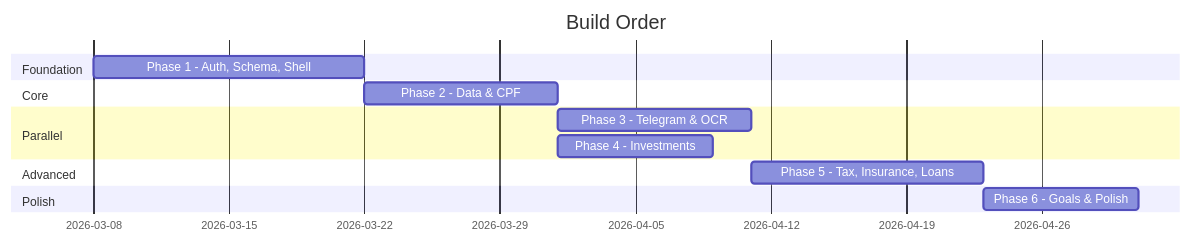
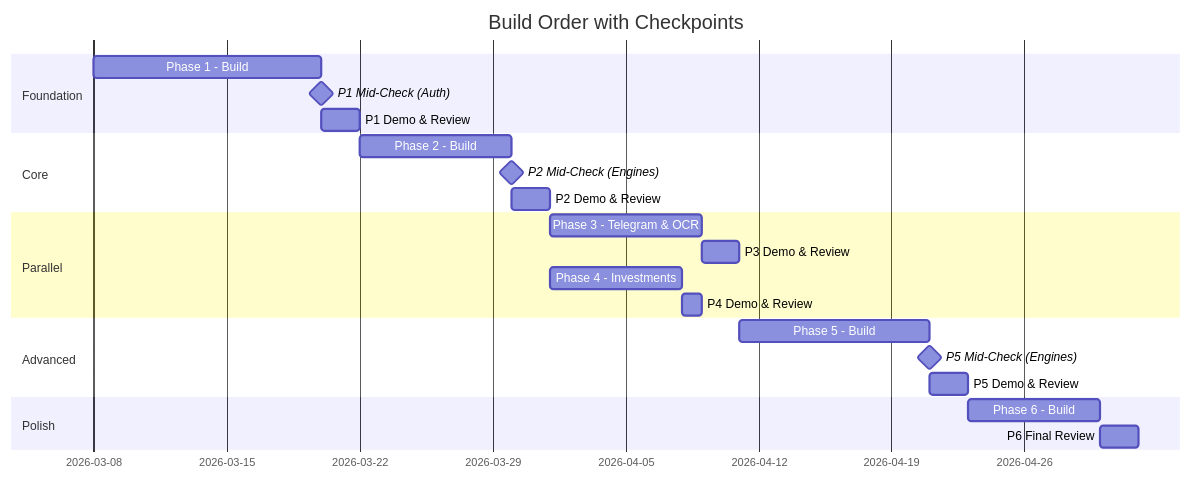
One commit to ivanyeors/fdb-tracker changed the second of 2 diagrams in docs/build_plan.md. Above: the diagram before and after it, drawn with Mermaid. The commit also changed other lines of this file, not shown here.

First line of the commit message:
Add checking & feedback loop process to build plan

````diff
--- a/docs/build_plan.md
+++ b/docs/build_plan.md
@@ -902,16 +1170,25 @@
 ```mermaid
 gantt
-    title Build Order
+    title Build Order with Checkpoints
     dateFormat  YYYY-MM-DD
     section Foundation
-    Phase 1 - Auth, Schema, Shell       :p1, 2026-03-08, 14d
+    Phase 1 - Build                     :p1, 2026-03-08, 12d
+    P1 Mid-Check (Auth)                 :milestone, p1m, after p1, 0d
+    P1 Demo & Review                    :p1r, after p1, 2d
     section Core
-    Phase 2 - Data & CPF                :p2, after p1, 10d
+    Phase 2 - Build                     :p2, after p1r, 8d
+    P2 Mid-Check (Engines)              :milestone, p2m, after p2, 0d
+    P2 Demo & Review                    :p2r, after p2, 2d
     section Parallel
-    Phase 3 - Telegram & OCR            :p3, after p2, 10d
-    Phase 4 - Investments               :p4, after p2, 8d
+    Phase 3 - Telegram & OCR            :p3, after p2r, 8d
+    P3 Demo & Review                    :p3r, after p3, 2d
+    Phase 4 - Investments               :p4, after p2r, 7d
+    P4 Demo & Review                    :p4r, after p4, 1d
     section Advanced
-    Phase 5 - Tax, Insurance, Loans     :p5, after p3, 12d
+    Phase 5 - Build                     :p5, after p3r, 10d
+    P5 Mid-Check (Engines)              :milestone, p5m, after p5, 0d
+    P5 Demo & Review                    :p5r, after p5, 2d
     section Polish
-    Phase 6 - Goals & Polish            :p6, after p5, 8d
+    Phase 6 - Build                     :p6, after p5r, 7d
+    P6 Final Review                     :p6r, after p6, 2d
 ```
````
